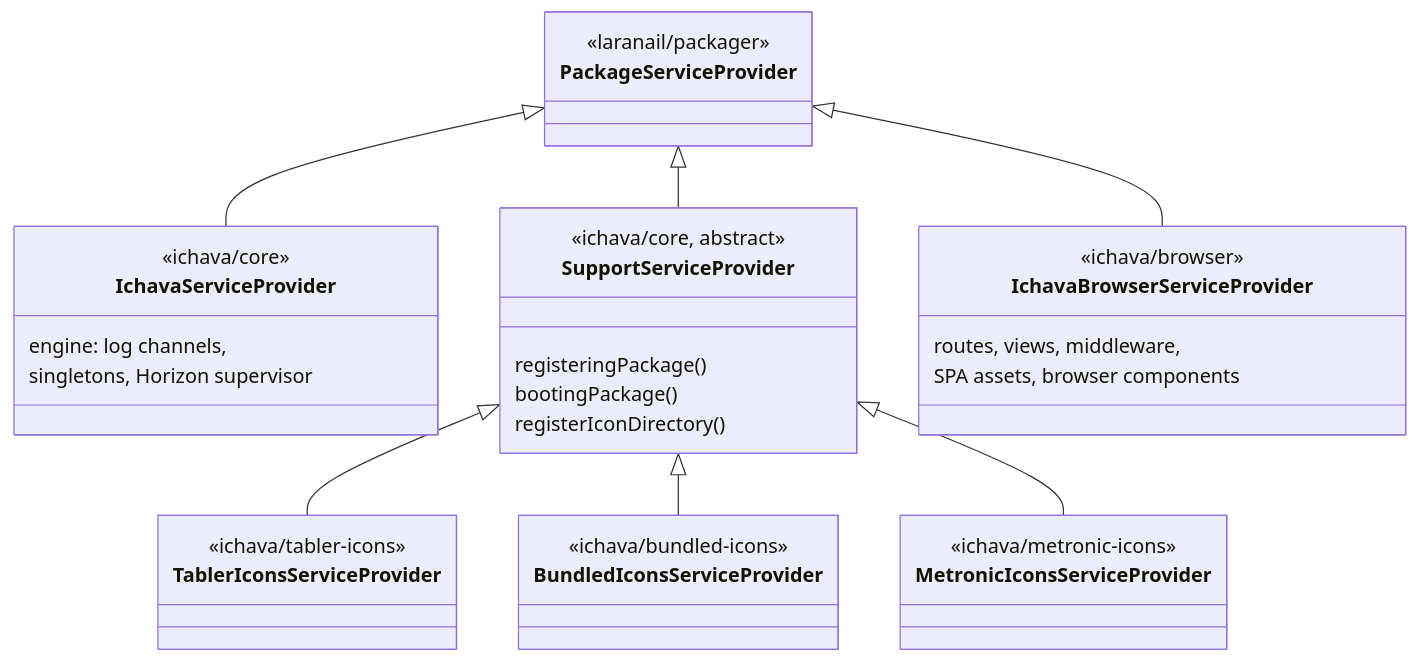
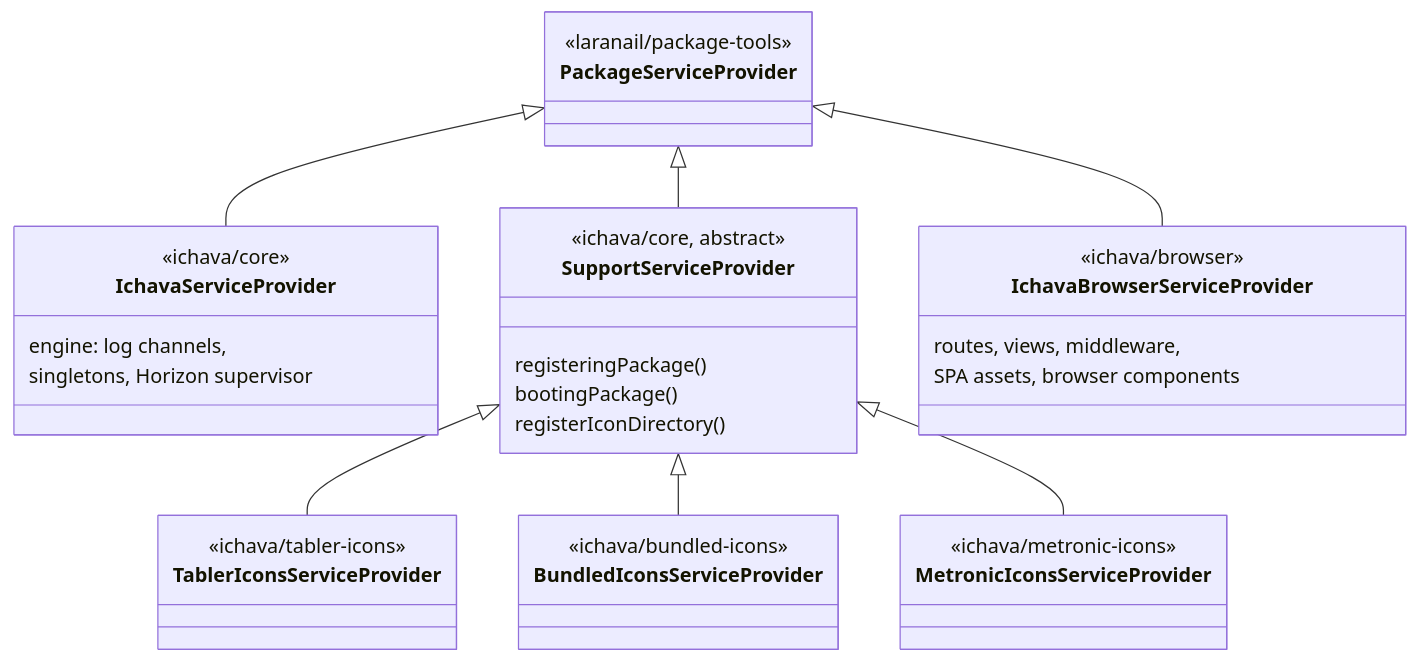
One commit to ichava/documentation changed the second of 3 diagrams in architecture.md. Above: the diagram before and after it, drawn with Mermaid. The commit also changed other lines of this file and 2 other files, not shown here.

First line of the commit message:
docs: fix laranail/packager refs + add ichava:update + Postman attribution

````diff
--- a/architecture.md
+++ b/architecture.md
@@ -54,37 +54,37 @@
 ```mermaid
 classDiagram
     class PackageServiceProvider {
-        <<laranail/packager>>
+        <<laranail/package-tools>>
     }
     class IchavaServiceProvider {
         <<ichava/core>>
         engine: log channels,
         singletons, Horizon supervisor
     }
     class SupportServiceProvider {
         <<ichava/core, abstract>>
         registeringPackage()
         bootingPackage()
         registerIconDirectory()
     }
     class IchavaBrowserServiceProvider {
         <<ichava/browser>>
         routes, views, middleware,
         SPA assets, browser components
     }
     class TablerIconsServiceProvider {
         <<ichava/tabler-icons>>
     }
     class BundledIconsServiceProvider {
         <<ichava/bundled-icons>>
     }
     class MetronicIconsServiceProvider {
         <<ichava/metronic-icons>>
     }
     PackageServiceProvider <|-- IchavaServiceProvider
     PackageServiceProvider <|-- SupportServiceProvider
     PackageServiceProvider <|-- IchavaBrowserServiceProvider
     SupportServiceProvider <|-- TablerIconsServiceProvider
     SupportServiceProvider <|-- BundledIconsServiceProvider
     SupportServiceProvider <|-- MetronicIconsServiceProvider
 ```
````
